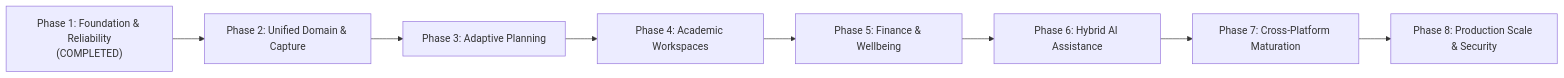
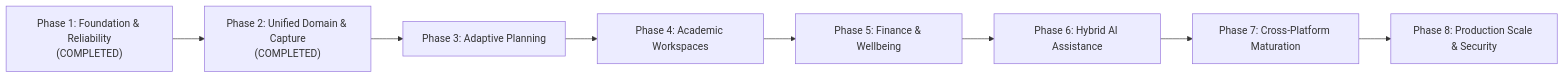
Before and after one commit to tanmay-devx/planrova: the diagram in docs/ROADMAP.md, drawn with Mermaid. The commit also changed other lines of this file and 38 other files, not shown here.

````diff
--- a/docs/ROADMAP.md
+++ b/docs/ROADMAP.md
@@ -3,10 +3,10 @@
 ```mermaid
 flowchart LR
-    P1["Phase 1: Foundation & Reliability<br/>(COMPLETED)"] --> P2["Phase 2: Unified Domain & Capture"]
+    P1["Phase 1: Foundation & Reliability<br/>(COMPLETED)"] --> P2["Phase 2: Unified Domain & Capture<br/>(COMPLETED)"]
     P2 --> P3["Phase 3: Adaptive Planning"]
     P3 --> P4["Phase 4: Academic Workspaces"]
     P4 --> P5["Phase 5: Finance & Wellbeing"]
     P5 --> P6["Phase 6: Hybrid AI Assistance"]
     P6 --> P7["Phase 7: Cross-Platform Maturation"]
     P7 --> P8["Phase 8: Production Scale & Security"]
 ```
````
